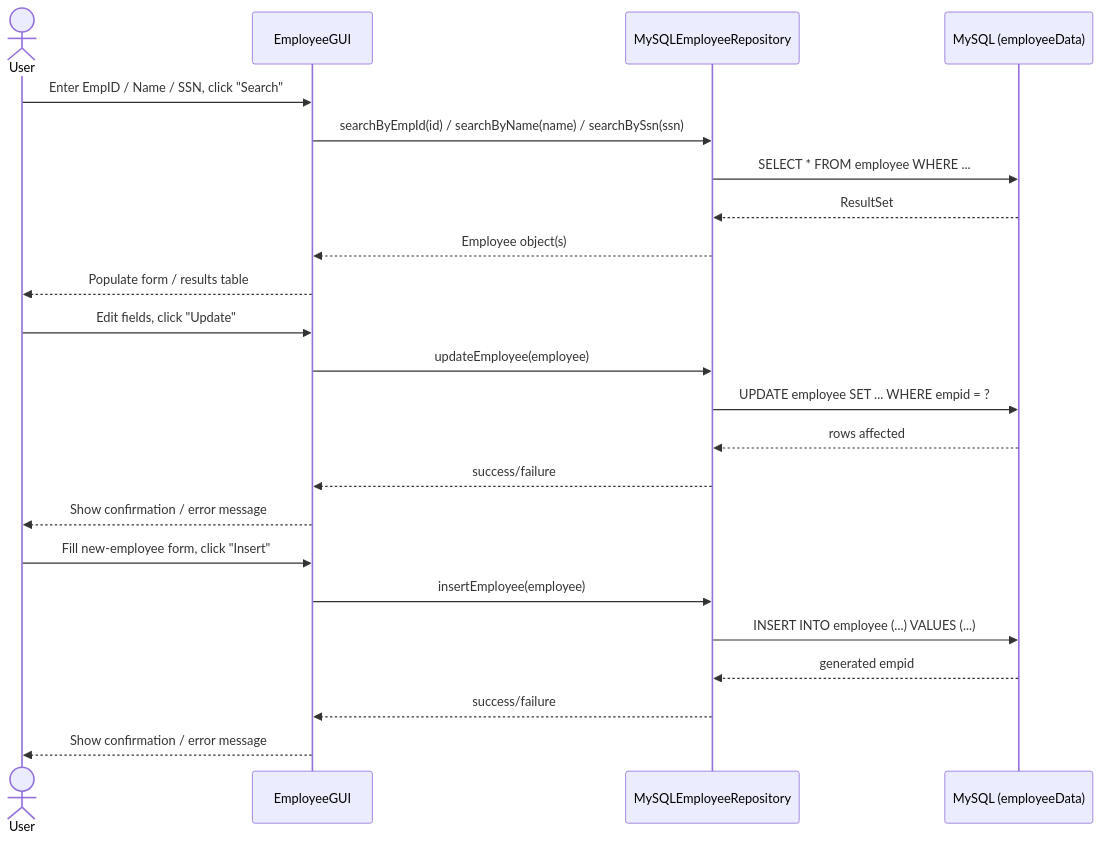
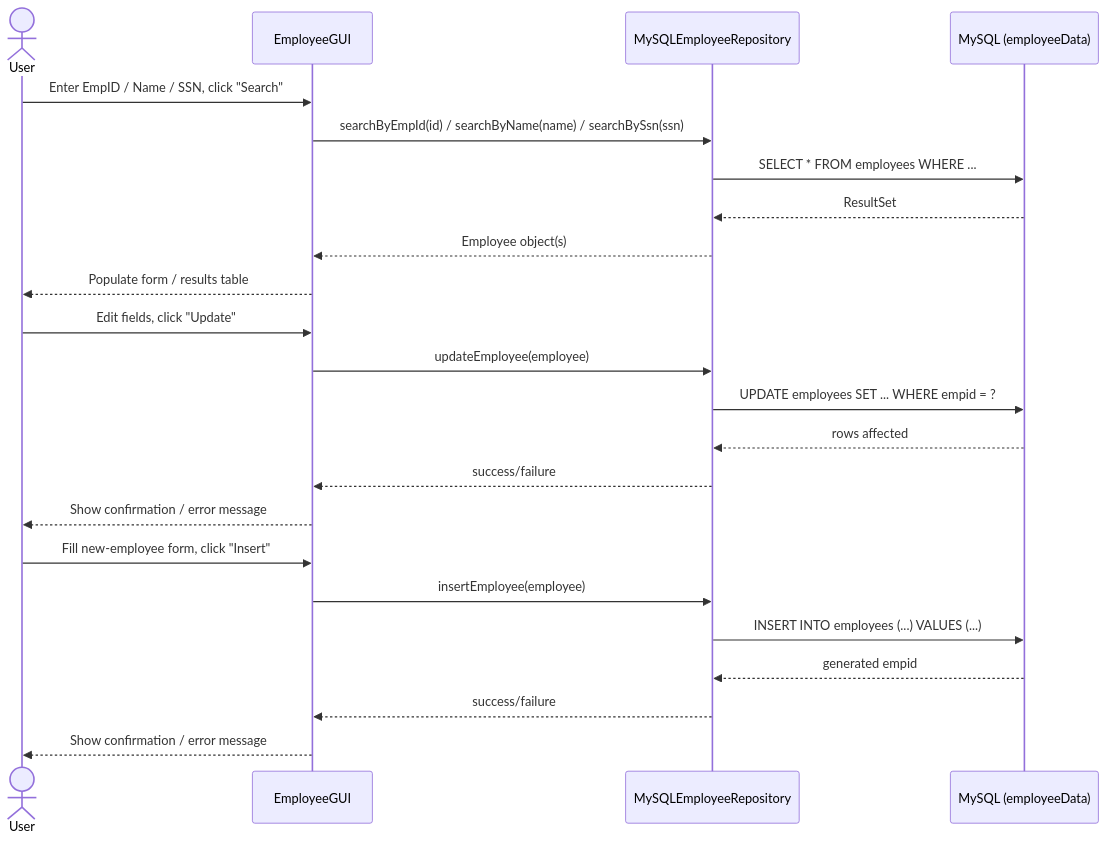
One commit to snigdhavarma04/CompanyZ-Employee-Management changed the fourth of 5 diagrams in ARCHITECTURE.md. Above: the diagram before and after it, drawn with Mermaid. The commit also changed other lines of this file and 2 other files, not shown here.

Commit message:
Align schema with real ER diagram, add schema.sql, update role assignments

````diff
--- a/ARCHITECTURE.md
+++ b/ARCHITECTURE.md
@@ -356,28 +465,28 @@
 ```mermaid
 sequenceDiagram
     actor User
     participant GUI as EmployeeGUI
     participant Repo as MySQLEmployeeRepository
     participant DB as MySQL (employeeData)
 
     User->>GUI: Enter EmpID / Name / SSN, click "Search"
     GUI->>Repo: searchByEmpId(id) / searchByName(name) / searchBySsn(ssn)
-    Repo->>DB: SELECT * FROM employee WHERE ...
+    Repo->>DB: SELECT * FROM employees WHERE ...
     DB-->>Repo: ResultSet
     Repo-->>GUI: Employee object(s)
     GUI-->>User: Populate form / results table
 
     User->>GUI: Edit fields, click "Update"
     GUI->>Repo: updateEmployee(employee)
-    Repo->>DB: UPDATE employee SET ... WHERE empid = ?
+    Repo->>DB: UPDATE employees SET ... WHERE empid = ?
     DB-->>Repo: rows affected
     Repo-->>GUI: success/failure
     GUI-->>User: Show confirmation / error message
 
     User->>GUI: Fill new-employee form, click "Insert"
     GUI->>Repo: insertEmployee(employee)
-    Repo->>DB: INSERT INTO employee (...) VALUES (...)
+    Repo->>DB: INSERT INTO employees (...) VALUES (...)
     DB-->>Repo: generated empid
     Repo-->>GUI: success/failure
     GUI-->>User: Show confirmation / error message
 ```
````
